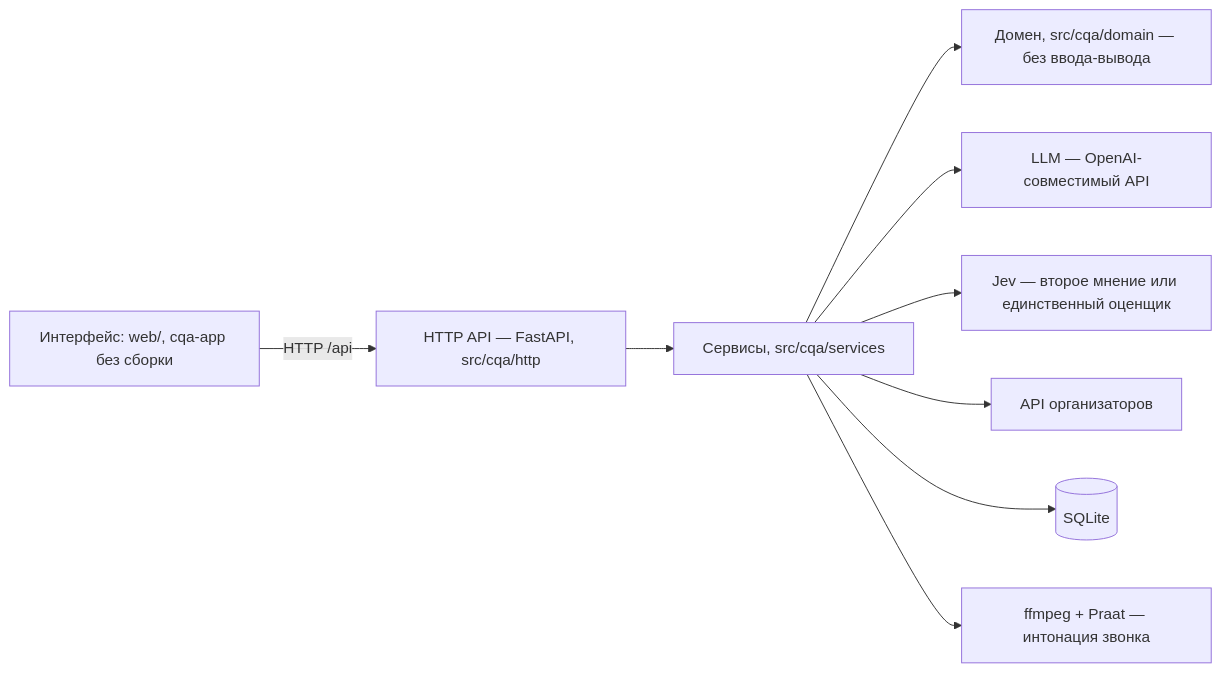
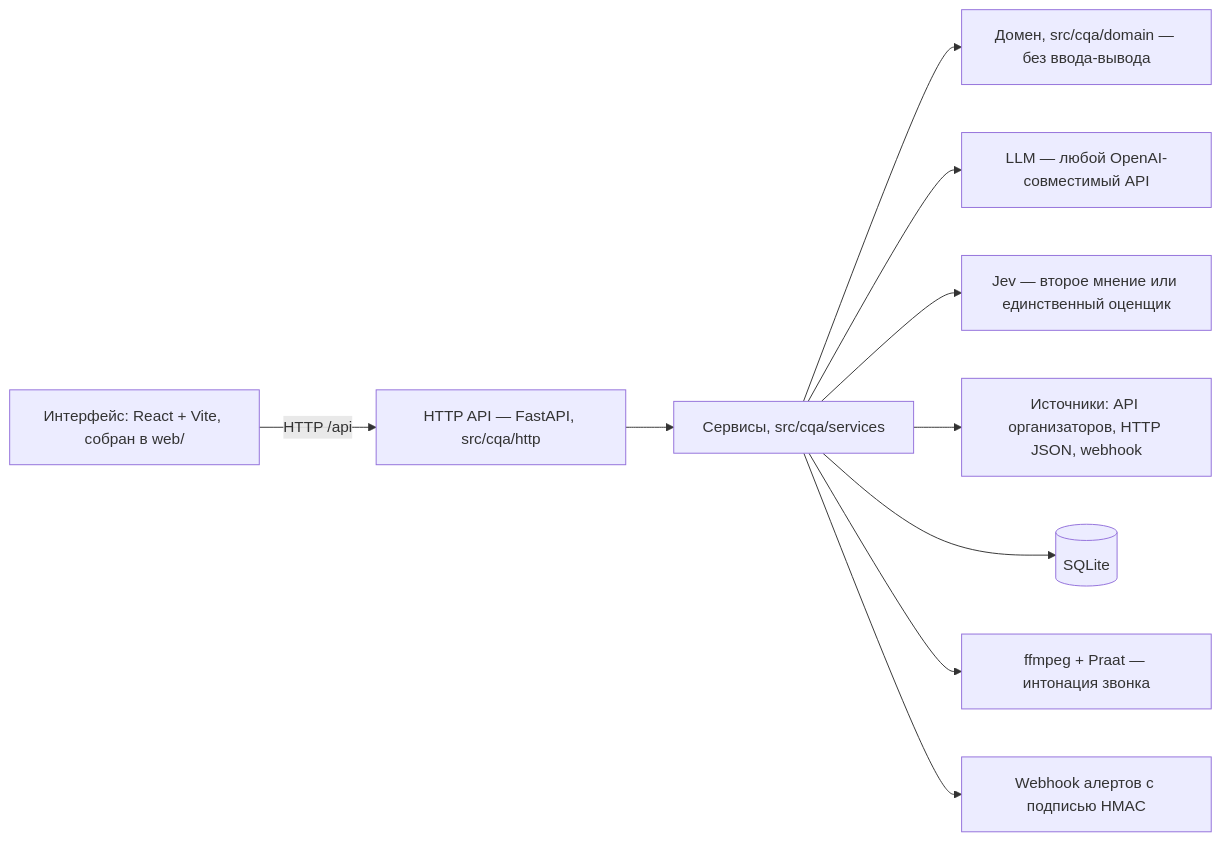
Before and after one commit to analysts-data/analysts: the diagram in README.md, drawn with Mermaid. The commit also changed other lines of this file and 1 other file, not shown here.

````diff
--- a/README.md
+++ b/README.md
@@ -70,11 +91,12 @@
 ```mermaid
 flowchart LR
-    UI["Интерфейс: web/, cqa-app без сборки"] -->|"HTTP /api"| API["HTTP API — FastAPI, src/cqa/http"]
+    UI["Интерфейс: React + Vite, собран в web/"] -->|"HTTP /api"| API["HTTP API — FastAPI, src/cqa/http"]
     API --> SVC["Сервисы, src/cqa/services"]
     SVC --> DOM["Домен, src/cqa/domain — без ввода-вывода"]
-    SVC --> LLM["LLM — OpenAI-совместимый API"]
+    SVC --> LLM["LLM — любой OpenAI-совместимый API"]
     SVC --> JEV["Jev — второе мнение или единственный оценщик"]
-    SVC --> ORG["API организаторов"]
+    SVC --> SRC["Источники: API организаторов, HTTP JSON, webhook"]
     SVC --> DB[("SQLite")]
     SVC --> VOICE["ffmpeg + Praat — интонация звонка"]
+    SVC --> HOOK["Webhook алертов с подписью HMAC"]
 ```
````
